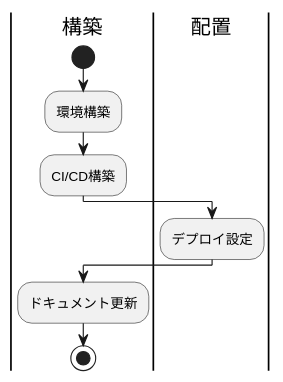
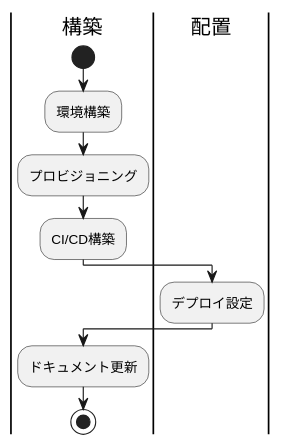
Before and after one commit to k2works/claude-code-booster: the sixth of 7 diagrams in lib/assets/docs/reference/開発ガイド.md, drawn with PlantUML. The commit also changed other lines of this file and 6 other files, not shown here.

````diff
--- a/lib/assets/docs/reference/開発ガイド.md
+++ b/lib/assets/docs/reference/開発ガイド.md
@@ -219,17 +230,18 @@
 ```plantuml
 @startuml "Phase 1"
 |構築|
 start
 :環境構築;
+:プロビジョニング;
 :CI/CD構築;
 
 |配置|
 :デプロイ設定;
 
 |構築|
 :ドキュメント更新;
 
 stop
 
 @enduml
 ```
````
